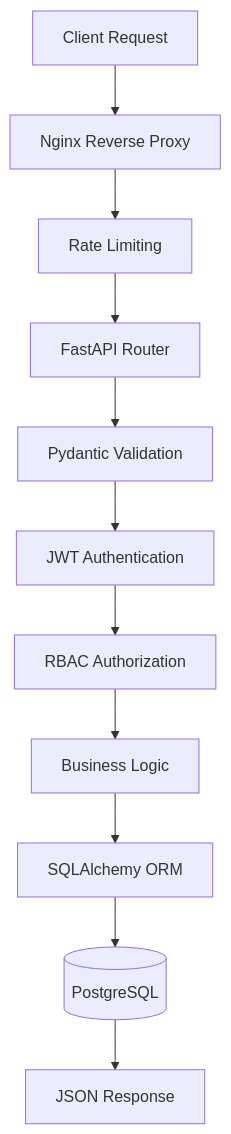
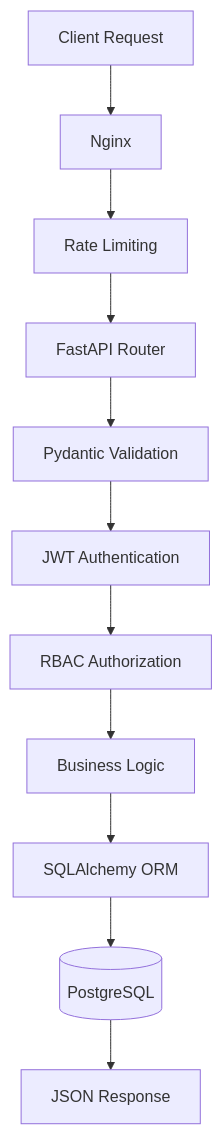
Before and after one commit to Saralfury/knmiet-connect: the second of 16 diagrams in README.md, drawn with Mermaid. The commit also changed other lines of this file, not shown here.

````diff
--- a/README.md
+++ b/README.md
@@ -199,26 +208,25 @@
 ```mermaid
 flowchart TD
 
 A[Client Request]
-B[Nginx Reverse Proxy]
-C[Rate Limiting]
-D[FastAPI Router]
-E[Pydantic Validation]
-F[JWT Authentication]
-G[RBAC Authorization]
-H[Business Logic]
-I[SQLAlchemy ORM]
-J[(PostgreSQL)]
-K[JSON Response]
 
-A --> B
-B --> C
-C --> D
-D --> E
-E --> F
-F --> G
-G --> H
-H --> I
-I --> J
-J --> K
+-->B[Nginx]
+
+-->C[Rate Limiting]
+
+-->D[FastAPI Router]
+
+-->E[Pydantic Validation]
+
+-->F[JWT Authentication]
+
+-->G[RBAC Authorization]
+
+-->H[Business Logic]
+
+-->I[SQLAlchemy ORM]
+
+-->J[(PostgreSQL)]
+
+-->K[JSON Response]
 ```
````
